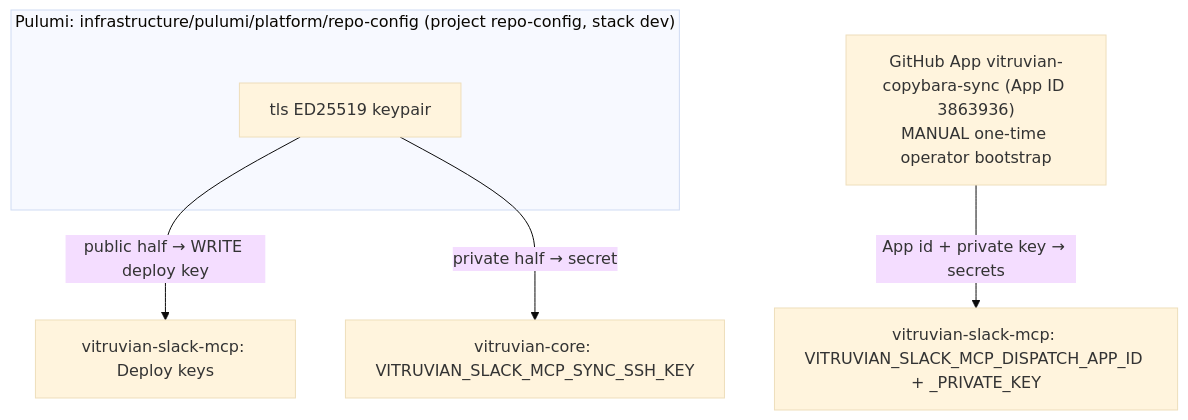
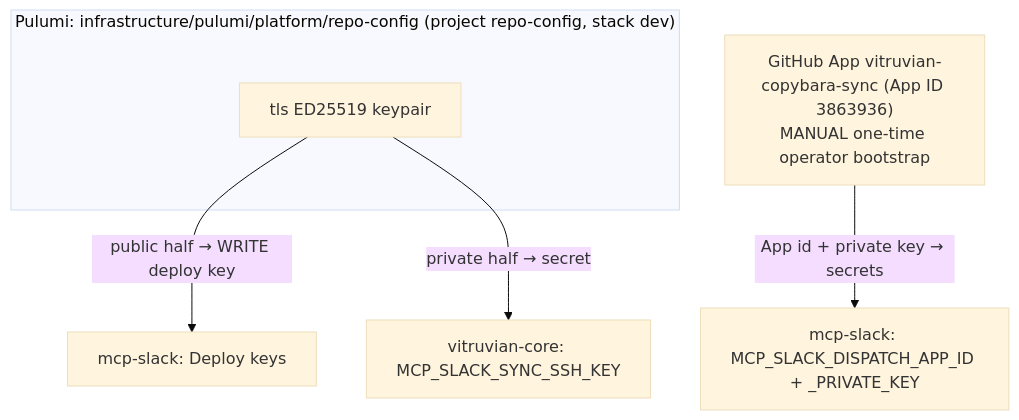
The fifth of 7 diagrams in docs/admin/copybara-sync.md (VitruvianSoftware/vitruvian-core), drawn with Mermaid (base theme) before and after one commit. The commit also changed other lines of this file and 20 other files, not shown here.

````diff
--- a/docs/admin/copybara-sync.md
+++ b/docs/admin/copybara-sync.md
@@ -212,10 +212,10 @@
 ```mermaid
 flowchart TD
     subgraph P["Pulumi: infrastructure/pulumi/platform/repo-config (project repo-config, stack dev)"]
         key["tls ED25519 keypair"]
     end
-    key -- "public half → WRITE deploy key" --> msk["vitruvian-slack-mcp: Deploy keys"]
-    key -- "private half → secret" --> vck["vitruvian-core: VITRUVIAN_SLACK_MCP_SYNC_SSH_KEY"]
+    key -- "public half → WRITE deploy key" --> msk["mcp-slack: Deploy keys"]
+    key -- "private half → secret" --> vck["vitruvian-core: MCP_SLACK_SYNC_SSH_KEY"]
     app["GitHub App vitruvian-copybara-sync (App ID 3863936)<br/>MANUAL one-time operator bootstrap"]
-    app -- "App id + private key → secrets" --> mss["vitruvian-slack-mcp: VITRUVIAN_SLACK_MCP_DISPATCH_APP_ID + _PRIVATE_KEY"]
+    app -- "App id + private key → secrets" --> mss["mcp-slack: MCP_SLACK_DISPATCH_APP_ID + _PRIVATE_KEY"]
 ```
````
